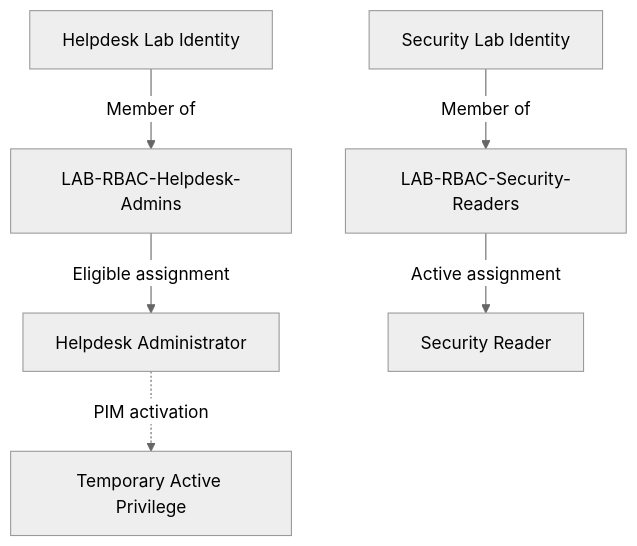
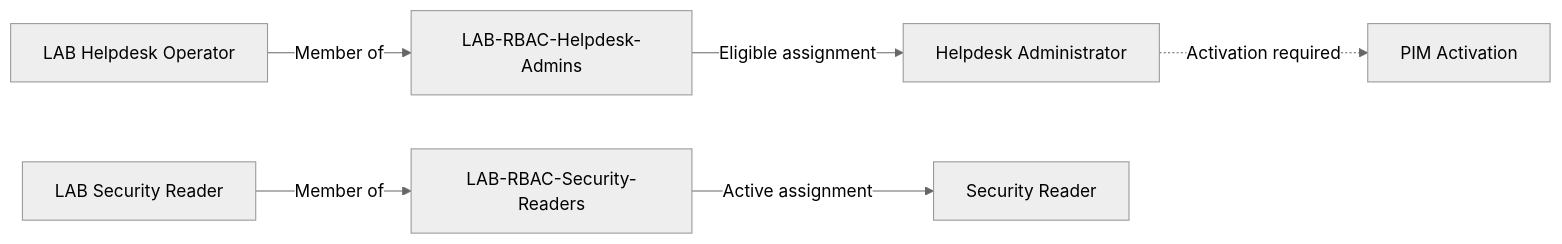
The diagram in docs/01-identity-foundation/identities-and-rbac.md (rodsouza-iam/identity-security-lab), drawn with Mermaid (neutral theme) before and after one commit. The commit also changed other lines of this file, not shown here.

````diff
--- a/docs/01-identity-foundation/identities-and-rbac.md
+++ b/docs/01-identity-foundation/identities-and-rbac.md
@@ -29,18 +31,18 @@
 ```mermaid
-flowchart TB
-    HUSER["Helpdesk Lab Identity"]
+flowchart LR
+    HUSER["LAB Helpdesk Operator"]
     HGRP["LAB-RBAC-Helpdesk-Admins"]
     HROLE["Helpdesk Administrator"]
-    HACTIVE["Temporary Active Privilege"]
+    PIM["PIM Activation"]
 
-    SUSER["Security Lab Identity"]
+    SUSER["LAB Security Reader"]
     SGRP["LAB-RBAC-Security-Readers"]
     SROLE["Security Reader"]
 
     HUSER -->|"Member of"| HGRP
     HGRP -->|"Eligible assignment"| HROLE
-    HROLE -.->|"PIM activation"| HACTIVE
+    HROLE -.->|"Activation required"| PIM
 
     SUSER -->|"Member of"| SGRP
     SGRP -->|"Active assignment"| SROLE
 ```
````
